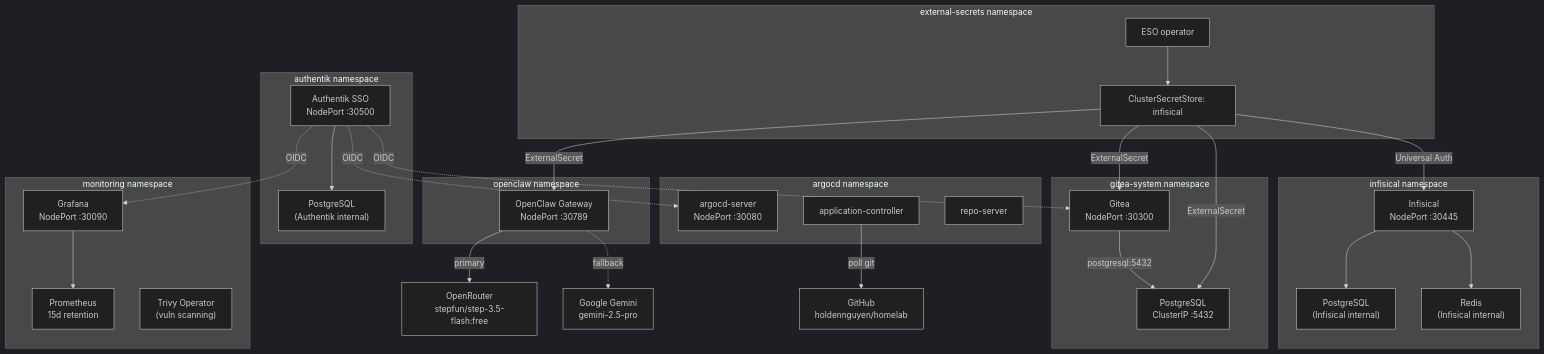
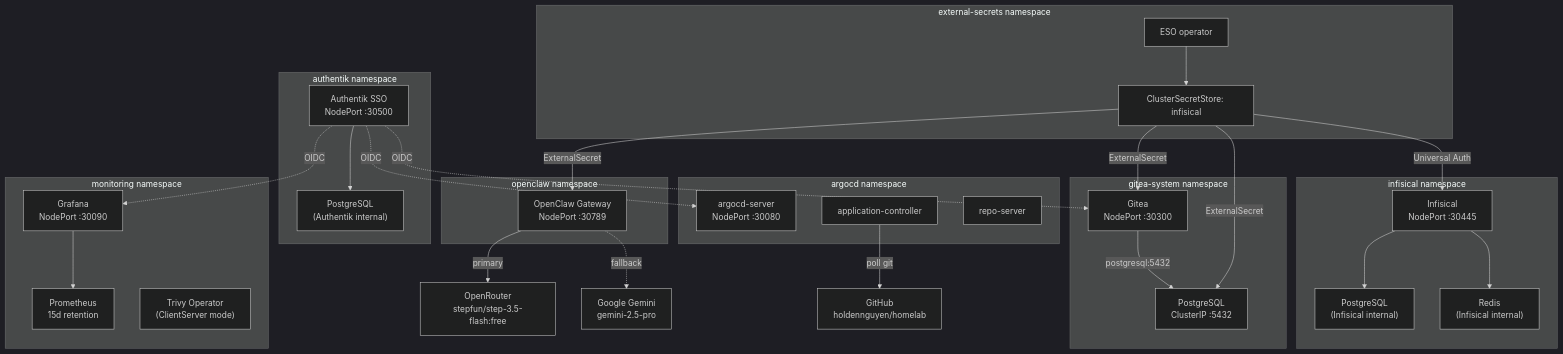
Before and after one commit to haingth77/homelab: the fourth of 4 diagrams in docs/architecture.md, drawn with Mermaid (dark theme). The commit also changed 7 other files, not shown here.

````diff
--- a/docs/architecture.md
+++ b/docs/architecture.md
@@ -179,57 +179,57 @@
 ```mermaid
 flowchart TD
     subgraph infisicalNs["infisical namespace"]
         InfisicalPod["Infisical\nNodePort :30445"]
         InfisicalPG["PostgreSQL\n(Infisical internal)"]
         InfisicalRedis["Redis\n(Infisical internal)"]
         InfisicalPod --> InfisicalPG
         InfisicalPod --> InfisicalRedis
     end
 
     subgraph esoNs["external-secrets namespace"]
         ESOPod["ESO operator"]
         CSS["ClusterSecretStore: infisical"]
     end
 
     subgraph argocdNs["argocd namespace"]
         ArgoServer["argocd-server\nNodePort :30080"]
         ArgoController["application-controller"]
         ArgoRepo["repo-server"]
     end
 
     subgraph giteaNs["gitea-system namespace"]
         GiteaPod["Gitea\nNodePort :30300"]
         PGPod["PostgreSQL\nClusterIP :5432"]
         GiteaPod -- "postgresql:5432" --> PGPod
     end
 
     subgraph monNs["monitoring namespace"]
         GrafanaPod["Grafana\nNodePort :30090"]
         PromPod["Prometheus\n15d retention"]
-        TrivyPod["Trivy Operator\n(vuln scanning)"]
+        TrivyPod["Trivy Operator\n(ClientServer mode)"]
         GrafanaPod --> PromPod
     end
 
     subgraph authentikNs["authentik namespace"]
         AuthentikPod["Authentik SSO\nNodePort :30500"]
         AuthentikPG["PostgreSQL\n(Authentik internal)"]
         AuthentikPod --> AuthentikPG
     end
 
     subgraph openclawNs["openclaw namespace"]
         OpenClawPod["OpenClaw Gateway\nNodePort :30789"]
     end
 
     AuthentikPod -. "OIDC" .-> GrafanaPod
     AuthentikPod -. "OIDC" .-> ArgoServer
     AuthentikPod -. "OIDC" .-> GiteaPod
 
     ESOPod --> CSS
     CSS -- "Universal Auth" --> InfisicalPod
     CSS -- "ExternalSecret" --> GiteaPod
     CSS -- "ExternalSecret" --> PGPod
     CSS -- "ExternalSecret" --> OpenClawPod
     OpenClawPod -- "primary" --> OpenRouterAPI["OpenRouter\nstepfun/step-3.5-flash:free"]
     OpenClawPod -. "fallback" .-> GeminiAPI["Google Gemini\ngemini-2.5-pro"]
     ArgoController -- "poll git" --> GitHub["GitHub\nholdennguyen/homelab"]
 ```
````
